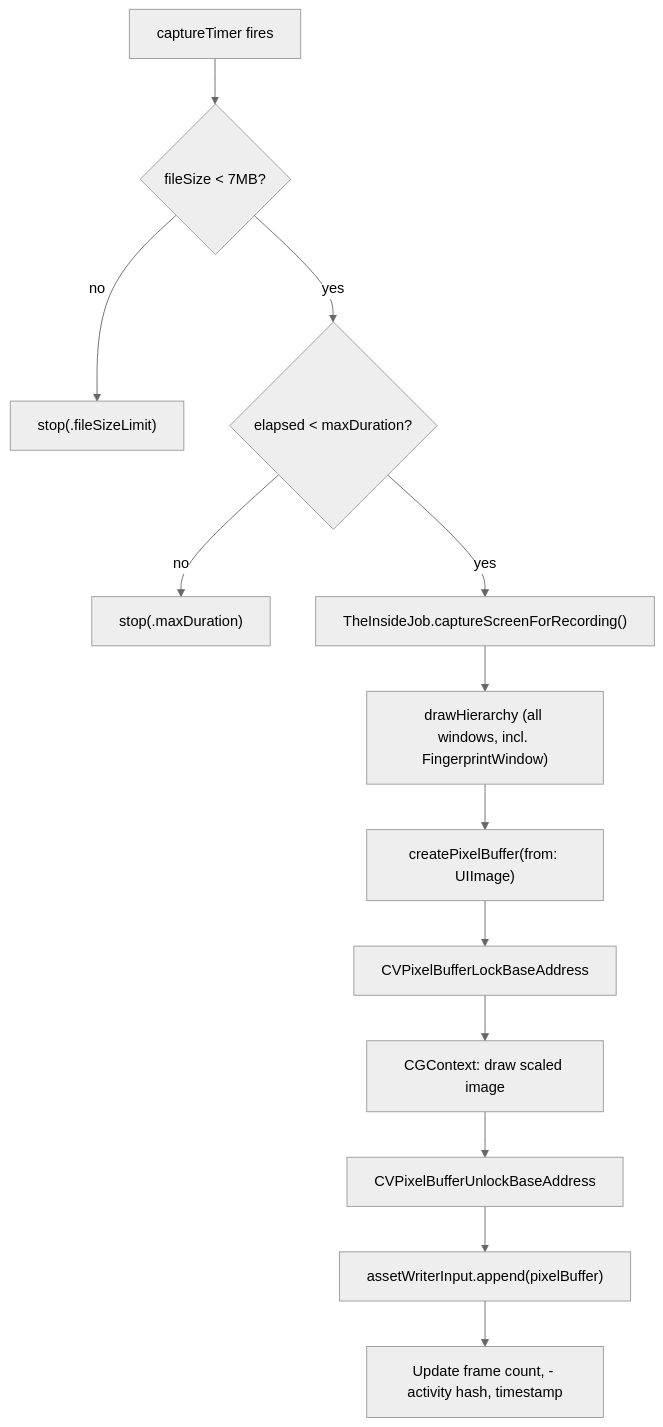
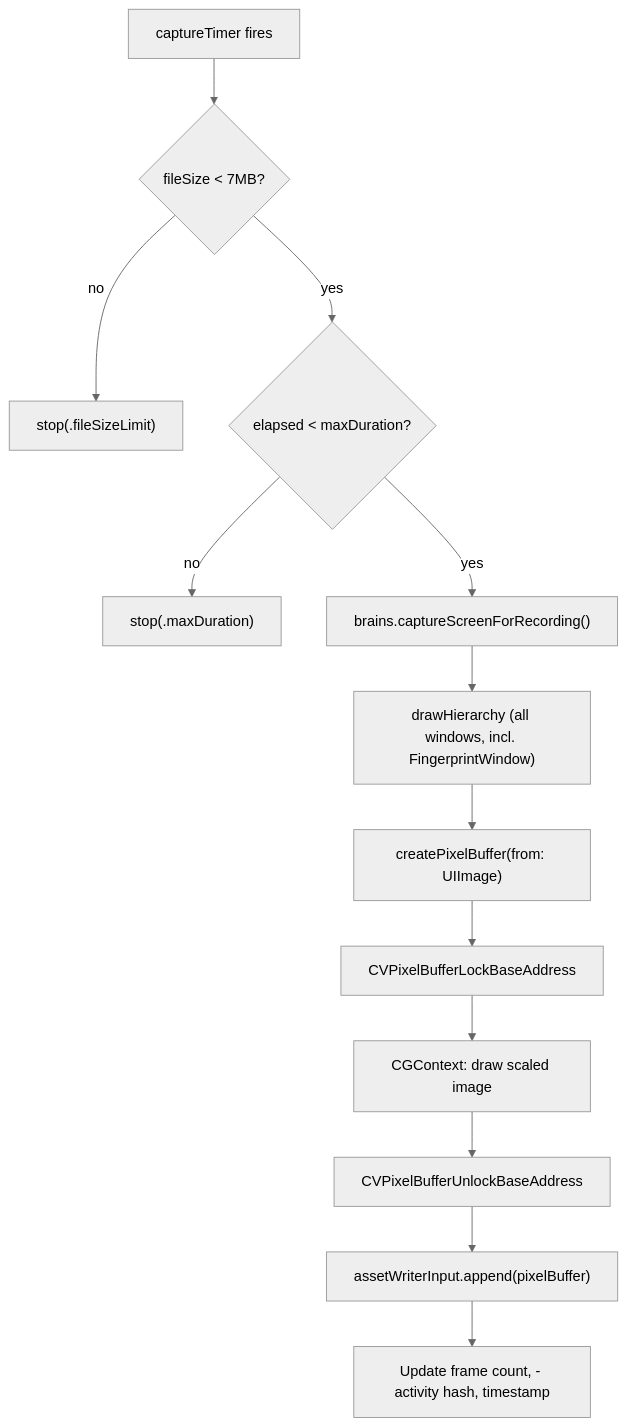
One commit to RoyalPineapple/TheButtonHeist changed the third of 4 diagrams in docs/dossiers/16-THESTAKEOUT.md. Above: the diagram before and after it, drawn with Mermaid (neutral theme). The commit also changed other lines of this file and 36 other files, not shown here.

````diff
--- a/docs/dossiers/16-THESTAKEOUT.md
+++ b/docs/dossiers/16-THESTAKEOUT.md
@@ -58,18 +59,18 @@
 ```mermaid
 flowchart TD
     Timer["captureTimer fires"] --> SizeGuard{"fileSize < 7MB?"}
     SizeGuard -->|no| StopSize["stop(.fileSizeLimit)"]
     SizeGuard -->|yes| DurGuard{"elapsed < maxDuration?"}
     DurGuard -->|no| StopDur["stop(.maxDuration)"]
-    DurGuard -->|yes| CaptureFrame["TheInsideJob.captureScreenForRecording()"]
+    DurGuard -->|yes| CaptureFrame["brains.captureScreenForRecording()"]
 
     CaptureFrame --> DrawHierarchy["drawHierarchy (all windows, incl. FingerprintWindow)"]
     DrawHierarchy --> CreatePB["createPixelBuffer(from: UIImage)"]
 
     CreatePB --> LockPB["CVPixelBufferLockBaseAddress"]
     LockPB --> DrawImage["CGContext: draw scaled image"]
     DrawImage --> UnlockPB["CVPixelBufferUnlockBaseAddress"]
 
     UnlockPB --> AppendPB["assetWriterInput.append(pixelBuffer)"]
     AppendPB --> UpdateMeta["Update frame count, - activity hash, timestamp"]
 ```
````
